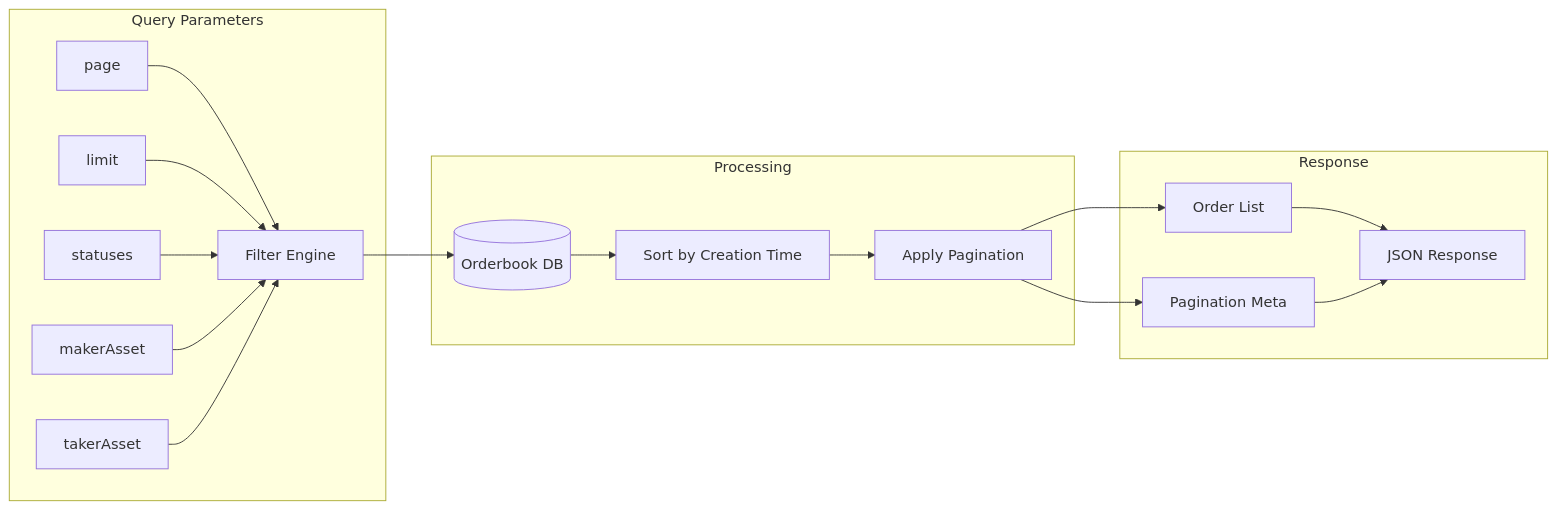
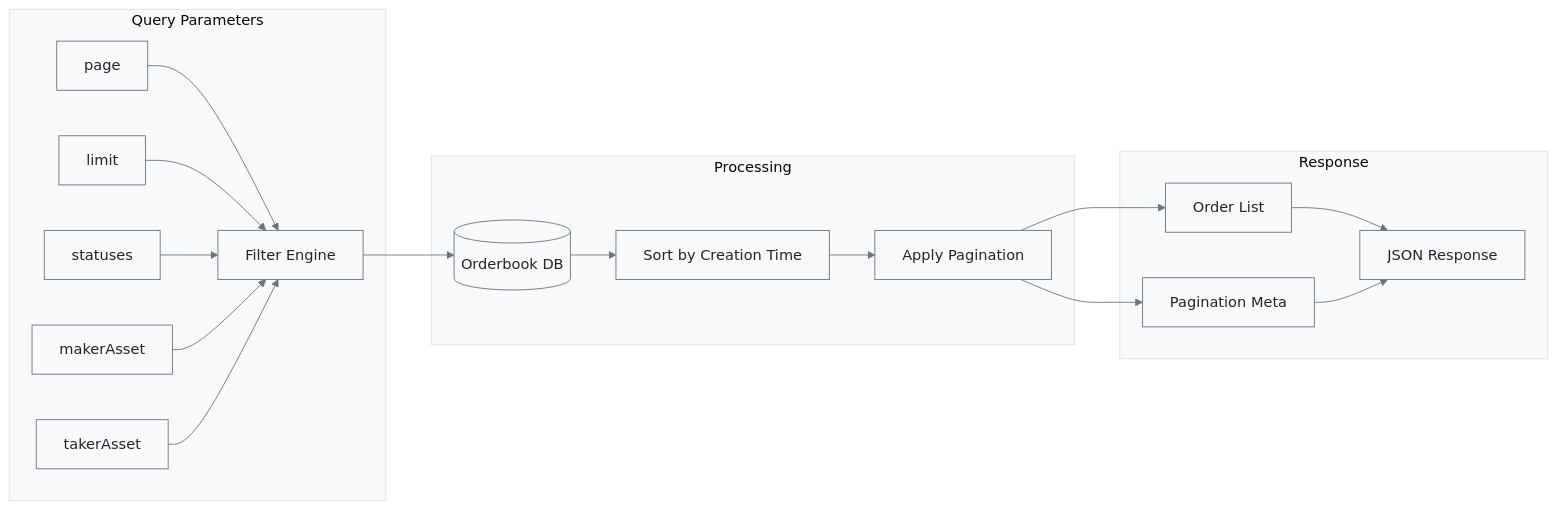
One commit to pde-rent/1edge changed the diagram in docs/1inch/Orderbook API/api-reference/get-all-orders.md. Above: the diagram before and after it, drawn with Mermaid. The commit also changed 26 other files, not shown here.

````diff
--- a/docs/1inch/Orderbook API/api-reference/get-all-orders.md
+++ b/docs/1inch/Orderbook API/api-reference/get-all-orders.md
@@ -5,23 +5,24 @@
 ```mermaid
+%%{init: {'theme':'base', 'themeVariables': {'primaryColor':'#f8f9fa','primaryTextColor':'#212529','primaryBorderColor':'#6c757d','lineColor':'#6c757d','sectionBkgColor':'transparent','altSectionBkgColor':'transparent','gridColor':'#dee2e6','secondaryColor':'#e9ecef','tertiaryColor':'#f8f9fa'}}}%%
 graph LR
     subgraph "Query Parameters"
         PAGE[page] --> FILTER[Filter Engine]
         LIMIT[limit] --> FILTER
         STATUS[statuses] --> FILTER
         MAKER[makerAsset] --> FILTER
         TAKER[takerAsset] --> FILTER
     end
 
     subgraph "Processing"
         FILTER --> DB[(Orderbook DB)]
         DB --> SORT[Sort by Creation Time]
         SORT --> PAGINATE[Apply Pagination]
     end
 
     subgraph "Response"
         PAGINATE --> ORDERS[Order List]
         PAGINATE --> META[Pagination Meta]
         ORDERS --> JSON[JSON Response]
         META --> JSON
     end
 ```
````
